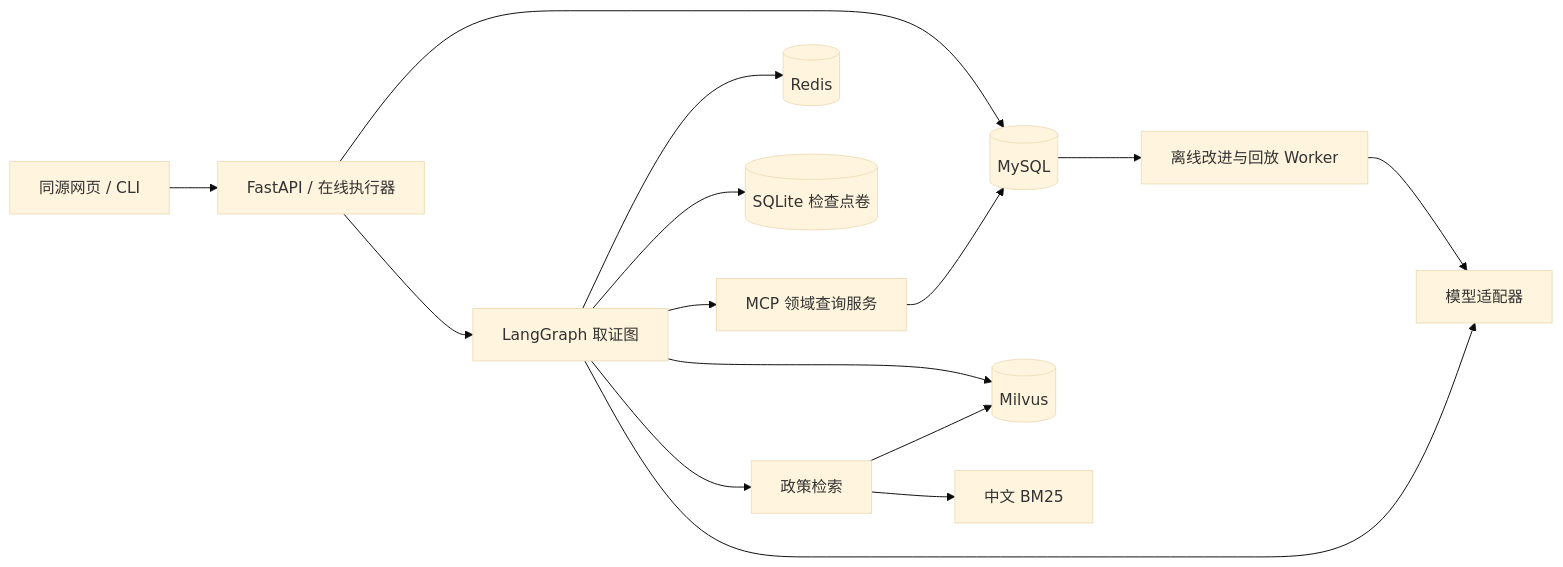
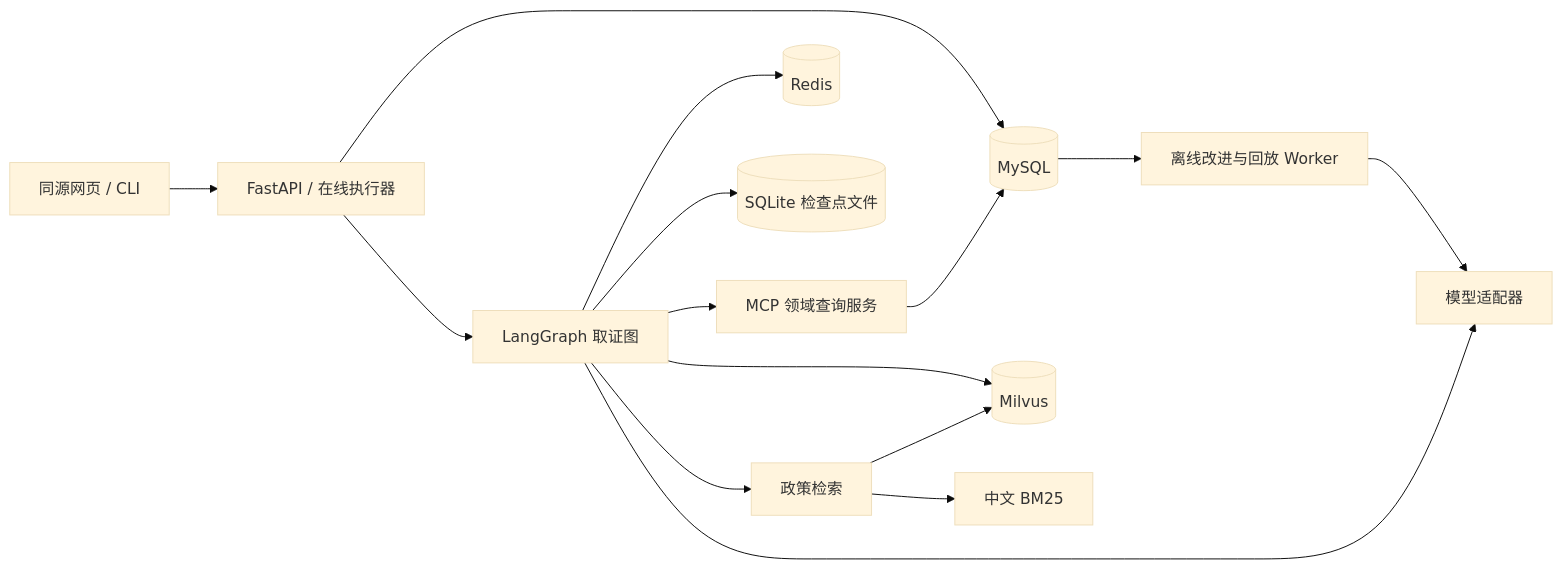
One commit to xiamo68/logimate changed the first of 2 diagrams in docs/technical/architecture.md. Above: the diagram before and after it, drawn with Mermaid (base theme). The commit also changed other lines of this file and 20 other files, not shown here.

````diff
--- a/docs/technical/architecture.md
+++ b/docs/technical/architecture.md
@@ -7,17 +7,17 @@
 ```mermaid
 flowchart LR
     Web["同源网页 / CLI"] --> App["FastAPI / 在线执行器"]
     App --> Graph["LangGraph 取证图"]
     Graph --> MCP["MCP 领域查询服务"]
     MCP --> SQL[("MySQL")]
     App --> SQL
     SQL --> Worker["离线改进与回放 Worker"]
     Graph --> Redis[("Redis")]
-    Graph --> Checkpoint[("SQLite 检查点卷")]
+    Graph --> Checkpoint[("SQLite 检查点文件")]
     Graph --> RAG["政策检索"]
     RAG --> Milvus[("Milvus")]
     RAG --> BM25["中文 BM25"]
     Graph --> Milvus
     Graph --> Model["模型适配器"]
     Worker --> Model
 ```
````
